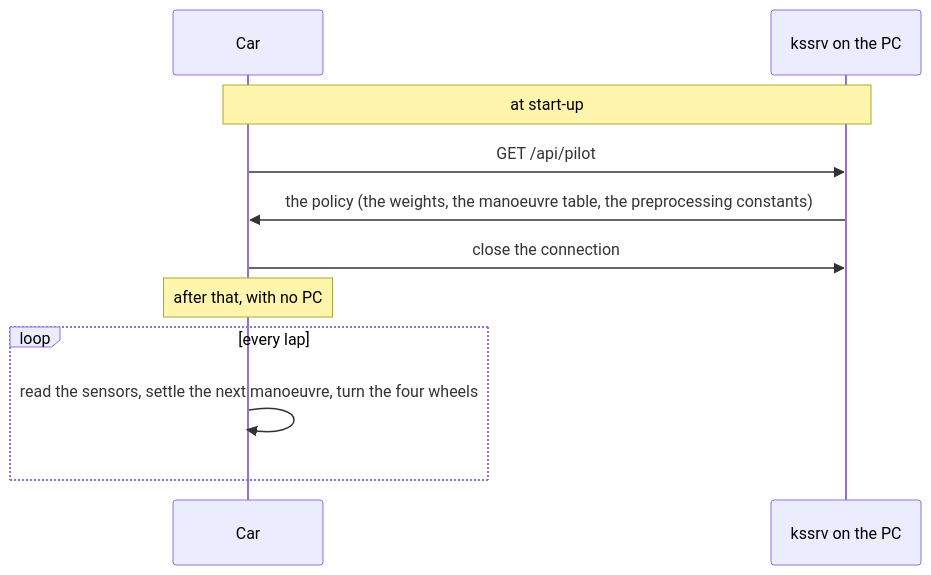
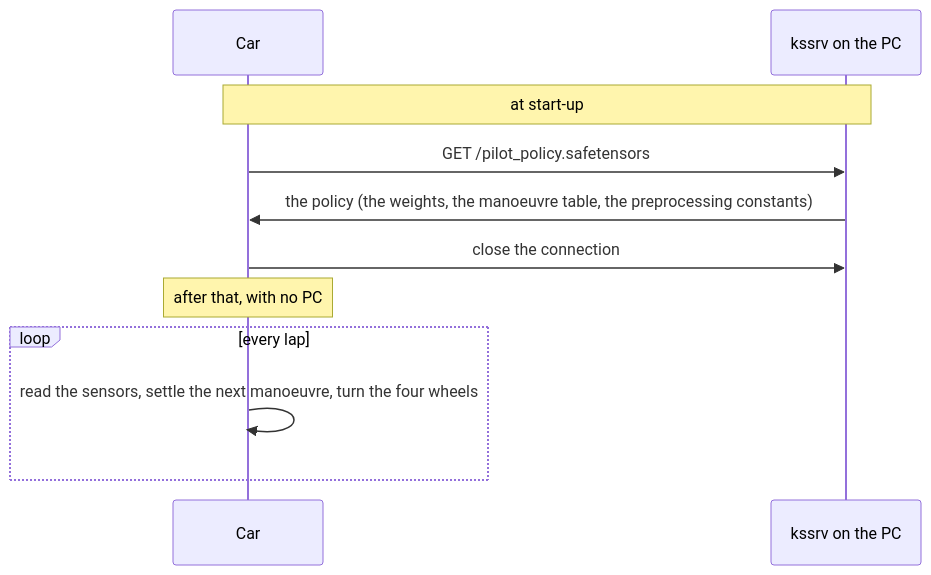
One commit to kansosystem-org/kspl-experimental changed the second of 3 diagrams in ksos/docs/HOWTO-bring-up.md. Above: the diagram before and after it, drawn with Mermaid. The commit also changed other lines of this file and 310 other files, not shown here.

````diff
--- a/ksos/docs/HOWTO-bring-up.md
+++ b/ksos/docs/HOWTO-bring-up.md
@@ -509,13 +425,13 @@
 ```mermaid
 sequenceDiagram
     participant Car
     participant PC as kssrv on the PC
     Note over Car,PC: at start-up
-    Car->>PC: GET /api/pilot
+    Car->>PC: GET /pilot_policy.safetensors
     PC->>Car: the policy (the weights, the manoeuvre table, the preprocessing constants)
     Car->>PC: close the connection
     Note over Car: after that, with no PC
     loop every lap
         Car->>Car: read the sensors, settle the next manoeuvre, turn the four wheels
     end
 ```
````
